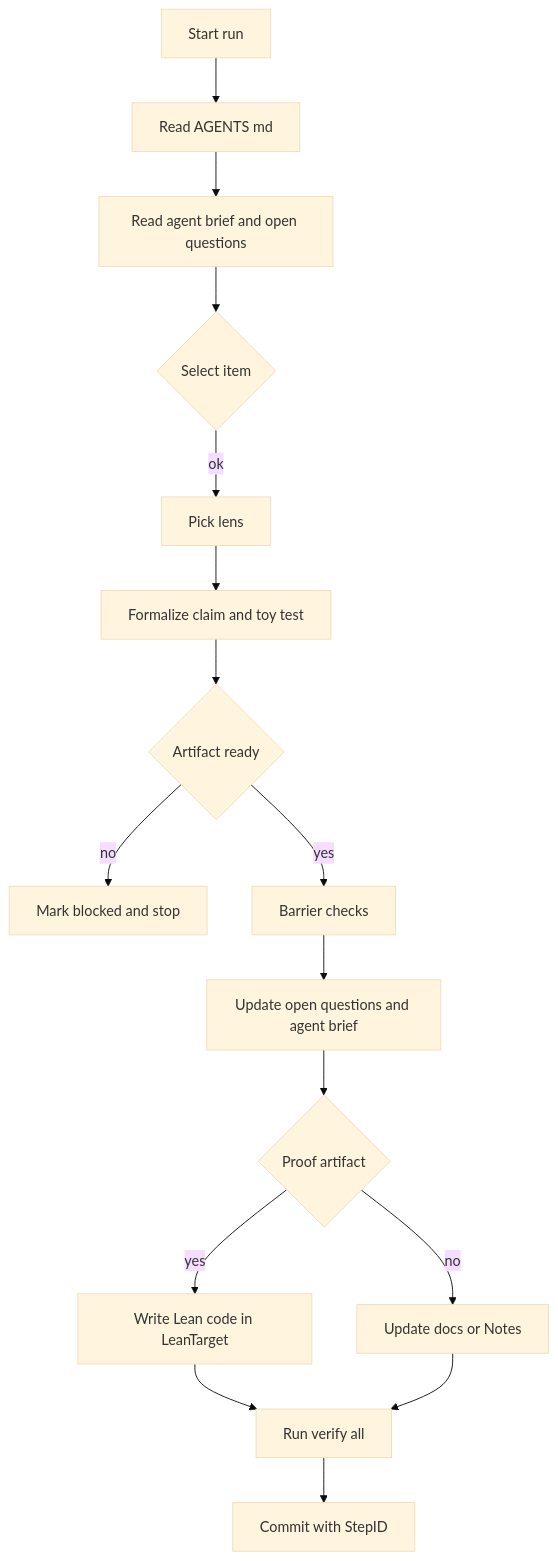
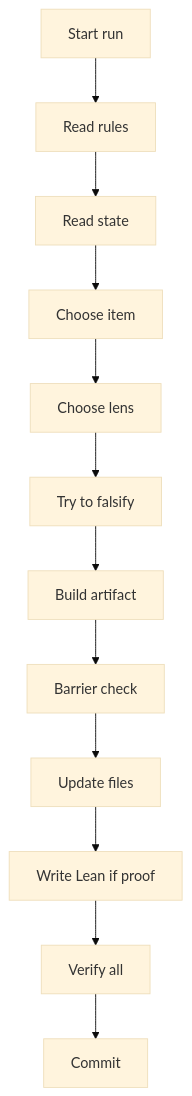
The fifth of 6 diagrams in ARCHITECTURE.md (Xopoko/Experiment-26_P_vs_NP), drawn with Mermaid (base theme) before and after one commit. The commit also changed other lines of this file and 4 other files, not shown here.

````diff
--- a/ARCHITECTURE.md
+++ b/ARCHITECTURE.md
@@ -147,18 +147,14 @@
 ```mermaid
 graph TD
-  A[Start run] --> B[Read AGENTS md]
-  B --> C[Read agent brief and open questions]
-  C --> D{Select item}
-  D -->|ok| E[Pick lens]
-  E --> F[Formalize claim and toy test]
-  F --> G{Artifact ready}
-  G -->|no| H[Mark blocked and stop]
-  G -->|yes| I[Barrier checks]
-  I --> J[Update open questions and agent brief]
-  J --> K{Proof artifact}
-  K -->|yes| L[Write Lean code in LeanTarget]
-  K -->|no| M[Update docs or Notes]
-  L --> N[Run verify all]
-  M --> N
-  N --> O[Commit with StepID]
+  A[Start run] --> B[Read rules]
+  B --> C[Read state]
+  C --> D[Choose item]
+  D --> E[Choose lens]
+  E --> F[Try to falsify]
+  F --> G[Build artifact]
+  G --> H[Barrier check]
+  H --> I[Update files]
+  I --> J[Write Lean if proof]
+  J --> K[Verify all]
+  K --> L[Commit]
 ```
````
